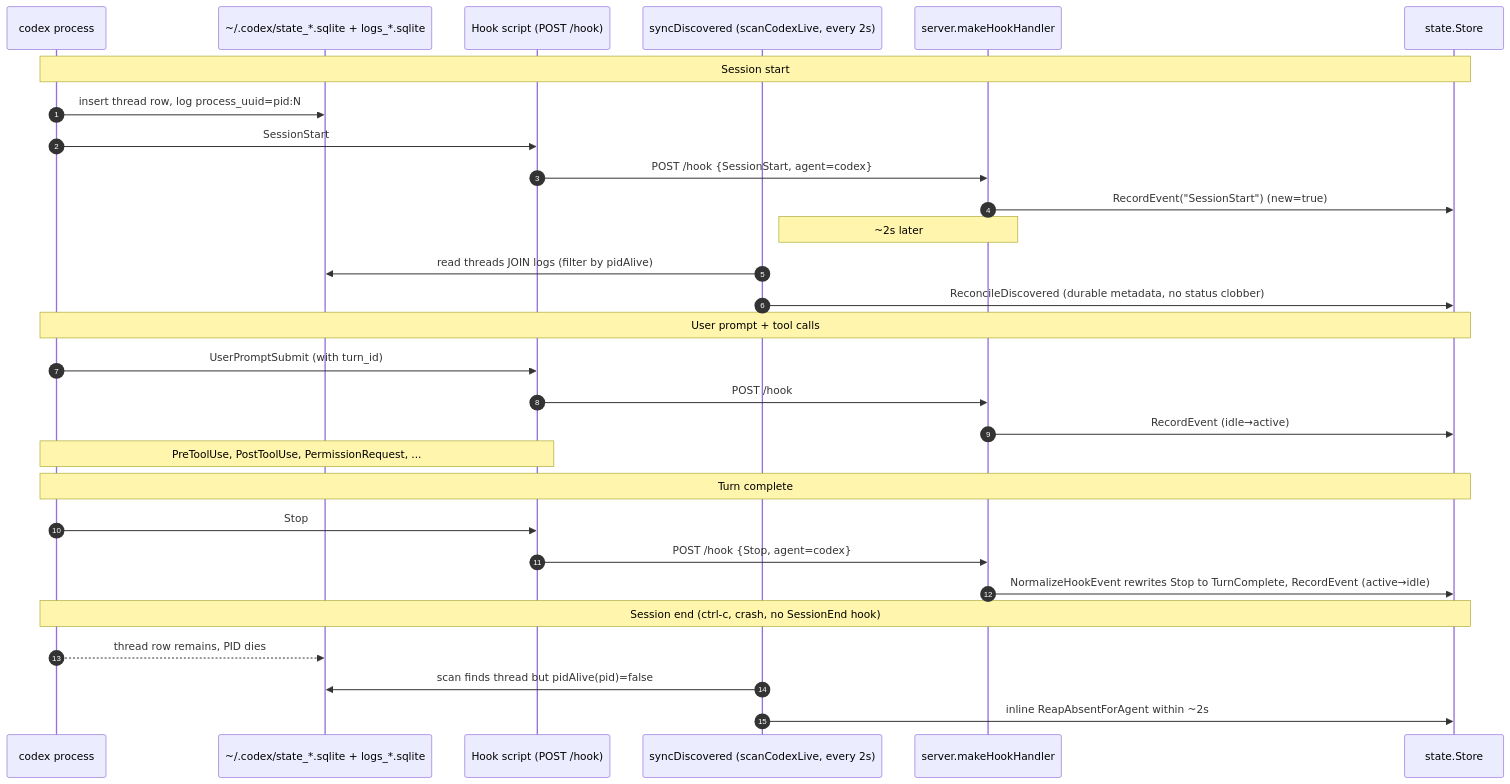
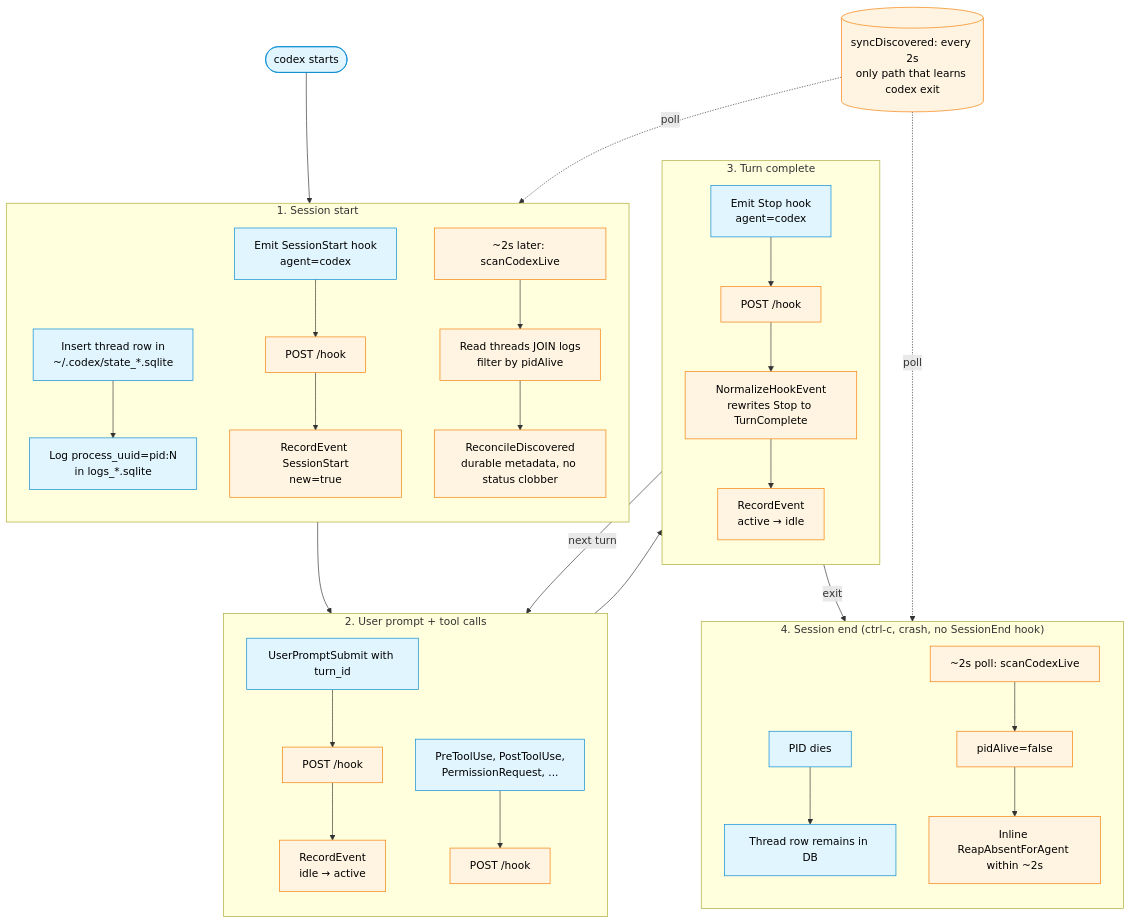
The second of 2 diagrams in docs/WORKFLOW_DIAGRAM.md (samling/agent-status), drawn with Mermaid before and after one commit. The commit also changed other lines of this file and 1 other file, not shown here.

Commit message:
Disable status bar in tmux popup

````diff
--- a/docs/WORKFLOW_DIAGRAM.md
+++ b/docs/WORKFLOW_DIAGRAM.md
@@ -60,35 +73,50 @@
 ```mermaid
-sequenceDiagram
-  autonumber
-  participant CX as codex process
-  participant DB as ~/.codex/state_*.sqlite + logs_*.sqlite
-  participant HK as Hook script (POST /hook)
-  participant POLL as syncDiscovered (scanCodexLive, every 2s)
-  participant SRV as server.makeHookHandler
-  participant ST as state.Store
+flowchart TB
+    Start([codex starts])
 
-  Note over CX,ST: Session start
-  CX->>DB: insert thread row, log process_uuid=pid:N
-  CX->>HK: SessionStart
-  HK->>SRV: POST /hook {SessionStart, agent=codex}
-  SRV->>ST: RecordEvent("SessionStart") (new=true)
-  Note right of POLL: ~2s later
-  POLL->>DB: read threads JOIN logs (filter by pidAlive)
-  POLL->>ST: ReconcileDiscovered (durable metadata, no status clobber)
+    subgraph Phase1["1. Session start"]
+        direction TB
+        P1A[Insert thread row in<br/>~/.codex/state_*.sqlite] --> P1B[Log process_uuid=pid:N<br/>in logs_*.sqlite]
+        P1C[Emit SessionStart hook<br/>agent=codex] --> P1D[POST /hook]
+        P1D --> P1E[RecordEvent SessionStart<br/>new=true]
+        P1F[~2s later: scanCodexLive] --> P1G[Read threads JOIN logs<br/>filter by pidAlive]
+        P1G --> P1H[ReconcileDiscovered<br/>durable metadata, no status clobber]
+    end
 
-  Note over CX,ST: User prompt + tool calls
-  CX->>HK: UserPromptSubmit (with turn_id)
-  HK->>SRV: POST /hook
-  SRV->>ST: RecordEvent (idle→active)
-  Note over CX,HK: PreToolUse, PostToolUse, PermissionRequest, ...
+    subgraph Phase2["2. User prompt + tool calls"]
+        direction TB
+        P2A[UserPromptSubmit with turn_id] --> P2B[POST /hook]
+        P2B --> P2C[RecordEvent<br/>idle &rarr; active]
+        P2D[PreToolUse, PostToolUse,<br/>PermissionRequest, ...] --> P2E[POST /hook]
+    end
 
-  Note over CX,ST: Turn complete
-  CX->>HK: Stop
-  HK->>SRV: POST /hook {Stop, agent=codex}
-  SRV->>ST: NormalizeHookEvent rewrites Stop to TurnComplete, RecordEvent (active→idle)
+    subgraph Phase3["3. Turn complete"]
+        direction TB
+        P3A[Emit Stop hook<br/>agent=codex] --> P3B[POST /hook]
+        P3B --> P3C[NormalizeHookEvent<br/>rewrites Stop to TurnComplete]
+        P3C --> P3D[RecordEvent<br/>active &rarr; idle]
+    end
 
-  Note over CX,ST: Session end (ctrl-c, crash, no SessionEnd hook)
-  CX-->>DB: thread row remains, PID dies
-  POLL->>DB: scan finds thread but pidAlive(pid)=false
-  POLL->>ST: inline ReapAbsentForAgent within ~2s
+    subgraph Phase4["4. Session end (ctrl-c, crash, no SessionEnd hook)"]
+        direction TB
+        P4A[PID dies] --> P4B[Thread row remains in DB]
+        P4C[~2s poll: scanCodexLive] --> P4D[pidAlive=false]
+        P4D --> P4E[Inline ReapAbsentForAgent within ~2s]
+    end
+
+    Start --> Phase1
+    Phase1 --> Phase2
+    Phase2 --> Phase3
+    Phase3 -->|next turn| Phase2
+    Phase3 -->|exit| Phase4
+
+    Poll[(syncDiscovered: every 2s<br/>only path that learns codex exit)]
+    Poll -.poll.-> Phase1
+    Poll -.poll.-> Phase4
+
+    classDef agentAction fill:#e1f5ff,stroke:#0288d1,color:#000
+    classDef agentStatus fill:#fff4e1,stroke:#f57c00,color:#000
+
+    class Start,P1A,P1B,P1C,P2A,P2D,P3A,P4A,P4B agentAction
+    class P1D,P1E,P1F,P1G,P1H,P2B,P2C,P2E,P3B,P3C,P3D,P4C,P4D,P4E,Poll agentStatus
 ```
````
